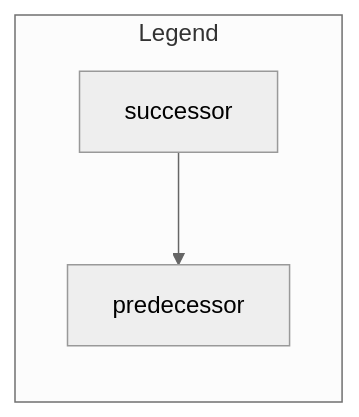
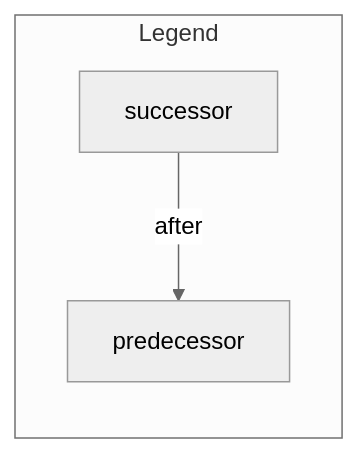
Before and after one commit to inkandswitch/keyhive: the first of 2 diagrams in design/group_membership.md, drawn with Mermaid (neutral theme).

Commit message:
Claify legend

````diff
--- a/design/group_membership.md
+++ b/design/group_membership.md
@@ -7,7 +7,7 @@
 ```mermaid
 flowchart
     subgraph Legend
         direction TB
-        successor --> predecessor
+        successor -->|after| predecessor
     end
 ```
````
